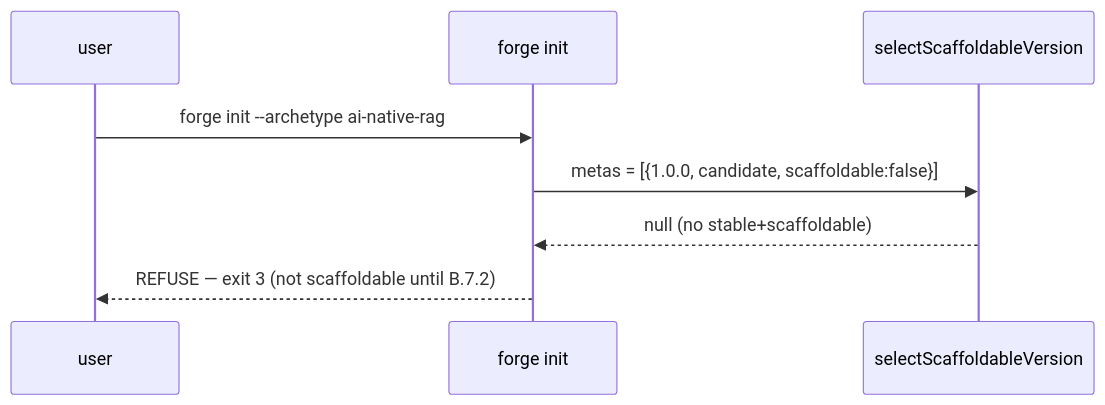
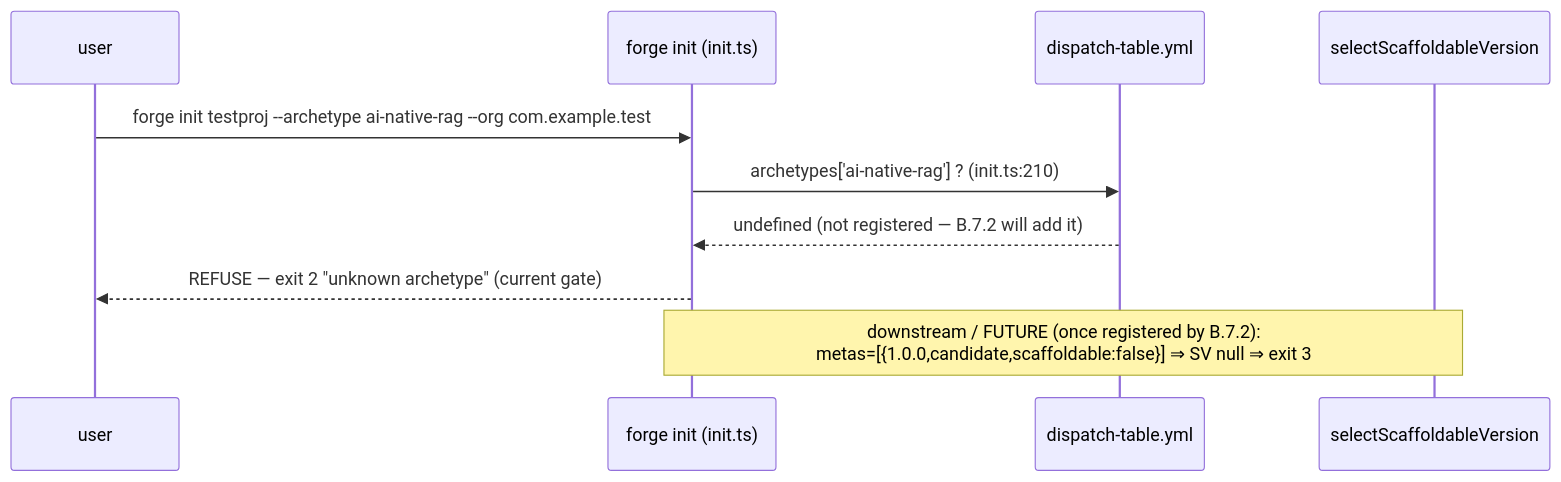
The second of 2 diagrams in .forge/changes/b7-1-schema/design.md (b-fontaine/forge), drawn with Mermaid before and after one commit. The commit also changed other lines of this file and 6 other files, not shown here.

````diff
--- a/.forge/changes/b7-1-schema/design.md
+++ b/.forge/changes/b7-1-schema/design.md
@@ -183,10 +196,12 @@
 ```mermaid
 sequenceDiagram
   participant U as user
-  participant CLI as forge init
+  participant CLI as forge init (init.ts)
+  participant DT as dispatch-table.yml
   participant SV as selectScaffoldableVersion
-  U->>CLI: forge init --archetype ai-native-rag
-  CLI->>SV: metas = [{1.0.0, candidate, scaffoldable:false}]
-  SV-->>CLI: null (no stable+scaffoldable)
-  CLI-->>U: REFUSE — exit 3 (not scaffoldable until B.7.2)
+  U->>CLI: forge init testproj --archetype ai-native-rag --org com.example.test
+  CLI->>DT: archetypes['ai-native-rag'] ? (init.ts:210)
+  DT-->>CLI: undefined (not registered — B.7.2 will add it)
+  CLI-->>U: REFUSE — exit 2 "unknown archetype" (current gate)
+  Note over CLI,SV: downstream / FUTURE (once registered by B.7.2):<br/>metas=[{1.0.0,candidate,scaffoldable:false}] ⇒ SV null ⇒ exit 3
 ```
````
